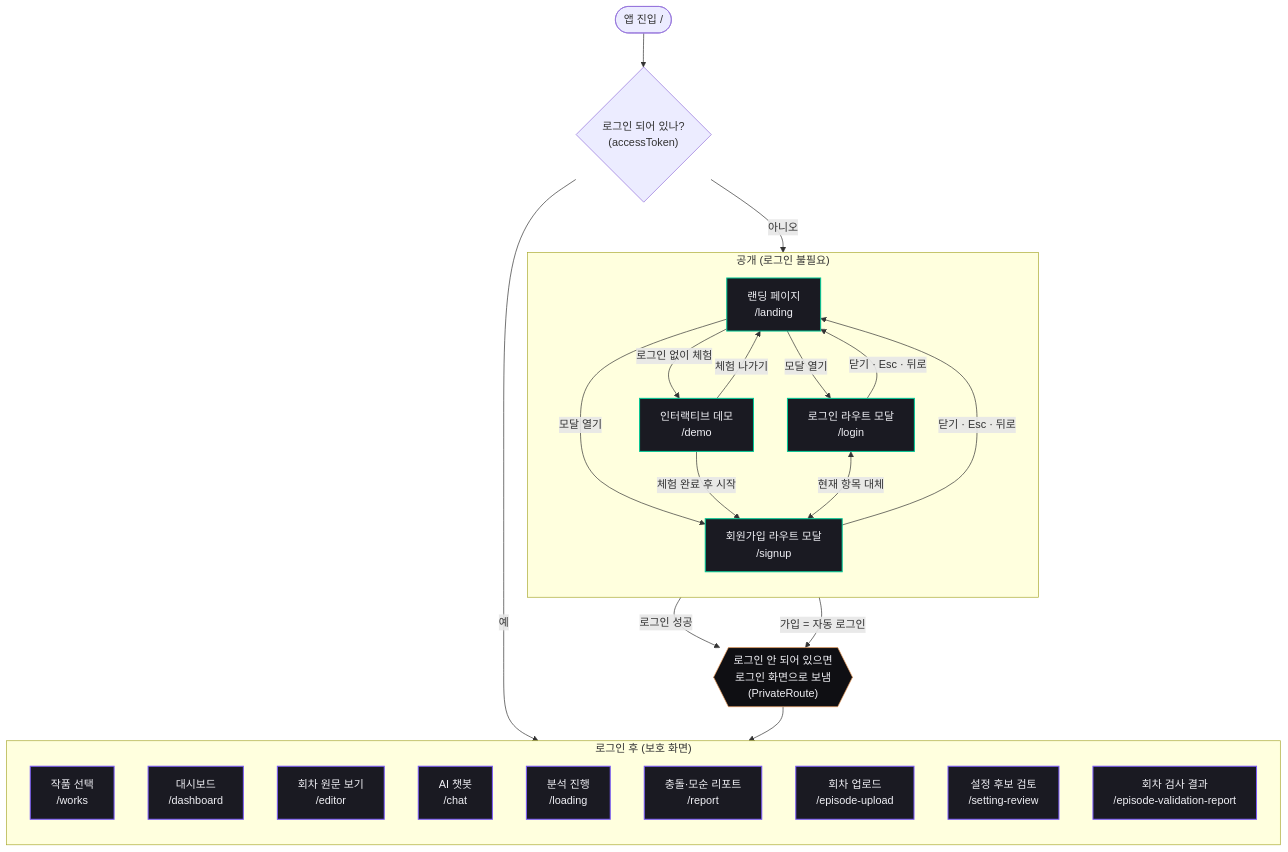
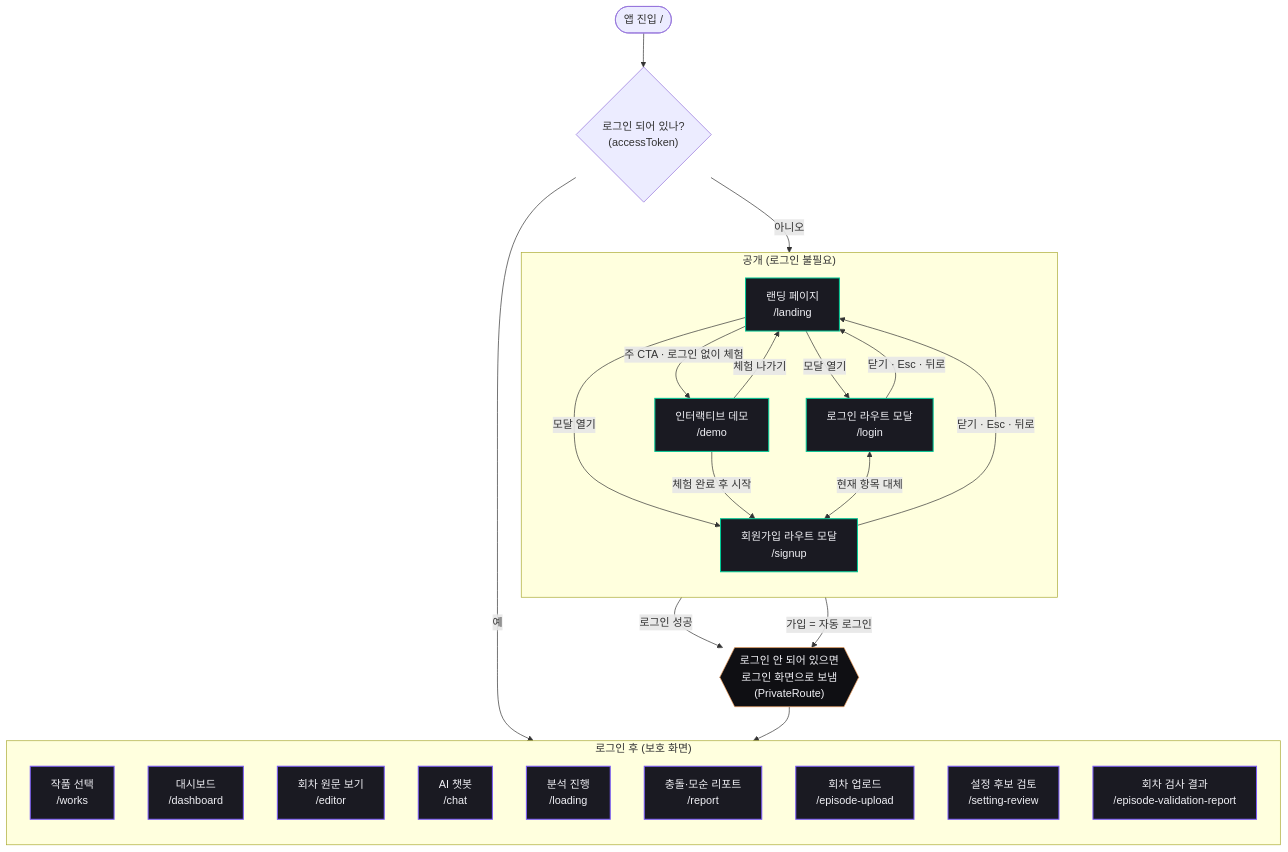
The second of 8 diagrams in docs/screen-flow.md (catchhole-soma/catchhole-front), drawn with Mermaid before and after one commit. The commit also changed other lines of this file and 13 other files, not shown here.

````diff
--- a/docs/screen-flow.md
+++ b/docs/screen-flow.md
@@ -83,50 +83,50 @@
 ```mermaid
 flowchart TD
   entry(["앱 진입 /"]) --> root{"로그인 되어 있나?<br/>(accessToken)"}
   root -- "아니오" --> landing
   root -- "예" --> works
 
   subgraph PUBLIC["공개 (로그인 불필요)"]
     direction TB
     landing["랜딩 페이지<br/>/landing"]
     login["로그인 라우트 모달<br/>/login"]
     signup["회원가입 라우트 모달<br/>/signup"]
     demo["인터랙티브 데모<br/>/demo"]
   end
 
   landing -- "모달 열기" --> login
   landing -- "모달 열기" --> signup
-  landing -- "로그인 없이 체험" --> demo
+  landing -- "주 CTA · 로그인 없이 체험" --> demo
   demo -- "체험 나가기" --> landing
   demo -- "체험 완료 후 시작" --> signup
   login <-->|"현재 항목 대체"| signup
   login -- "닫기 · Esc · 뒤로" --> landing
   signup -- "닫기 · Esc · 뒤로" --> landing
 
   login -- "로그인 성공" --> gate
   signup -- "가입 = 자동 로그인" --> gate
 
   gate{{"로그인 안 되어 있으면<br/>로그인 화면으로 보냄<br/>(PrivateRoute)"}}:::decision
 
   subgraph PRIVATE["로그인 후 (보호 화면)"]
     direction TB
     works["작품 선택<br/>/works"]
     dashboard["대시보드<br/>/dashboard"]
     editor["회차 원문 보기<br/>/editor"]
     chat["AI 챗봇<br/>/chat"]
     loading["분석 진행<br/>/loading"]
     report["충돌·모순 리포트<br/>/report"]
     upload["회차 업로드<br/>/episode-upload"]
     review["설정 후보 검토<br/>/setting-review"]
     valreport["회차 검사 결과<br/>/episode-validation-report"]
   end
 
   gate --> works
 
   classDef public fill:#1A1A22,stroke:#00C896,stroke-width:1.5px,color:#F0F0F5;
   classDef private fill:#1A1A22,stroke:#7C5CFC,stroke-width:1.5px,color:#F0F0F5;
   classDef decision fill:#0F0F13,stroke:#F4A261,color:#F0F0F5;
 
   class landing,login,signup,demo public;
   class works,dashboard,editor,chat,loading,report,upload,review,valreport private;
 ```
````
